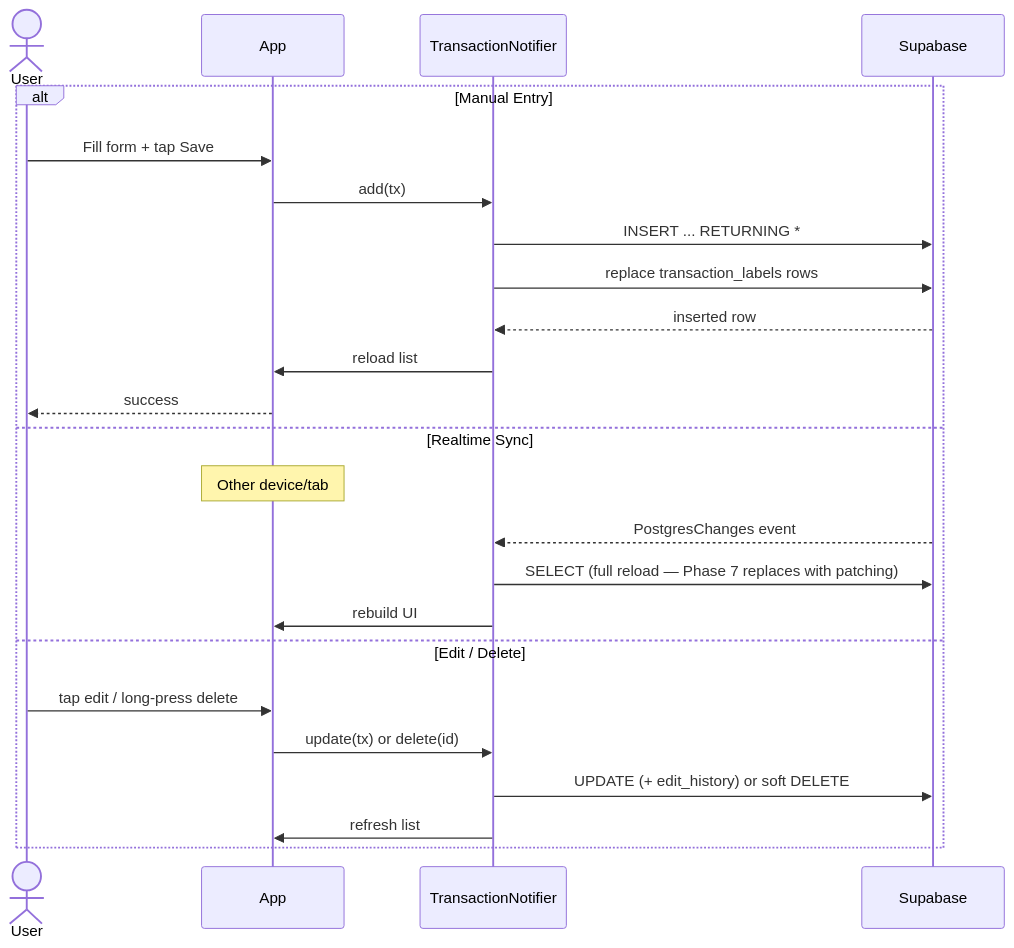
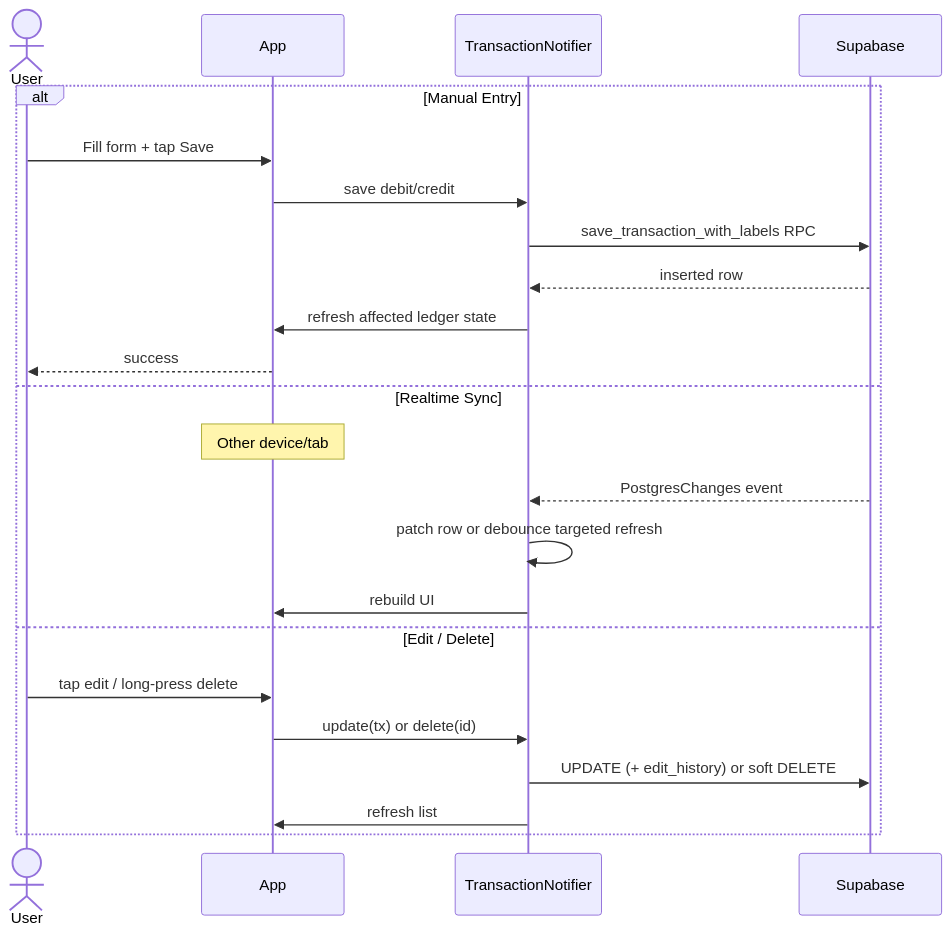
Before and after one commit to maybemnv/Financial-Tracker: the fourth of 5 diagrams in docs/ARCHITECTURE.md, drawn with Mermaid. The commit also changed other lines of this file and 11 other files, not shown here.

````diff
--- a/docs/ARCHITECTURE.md
+++ b/docs/ARCHITECTURE.md
@@ -134,27 +133,26 @@
 ```mermaid
 sequenceDiagram
     actor User
     participant App
     participant Provider as TransactionNotifier
     participant Supabase
 
     alt Manual Entry
         User->>App: Fill form + tap Save
-        App->>Provider: add(tx)
-        Provider->>Supabase: INSERT ... RETURNING *
-        Provider->>Supabase: replace transaction_labels rows
+        App->>Provider: save debit/credit
+        Provider->>Supabase: save_transaction_with_labels RPC
         Supabase-->>Provider: inserted row
-        Provider->>App: reload list
+        Provider->>App: refresh affected ledger state
         App-->>User: success
     else Realtime Sync
         Note over App: Other device/tab
         Supabase-->>Provider: PostgresChanges event
-        Provider->>Supabase: SELECT (full reload — Phase 7 replaces with patching)
+        Provider->>Provider: patch row or debounce targeted refresh
         Provider->>App: rebuild UI
     else Edit / Delete
         User->>App: tap edit / long-press delete
         App->>Provider: update(tx) or delete(id)
         Provider->>Supabase: UPDATE (+ edit_history) or soft DELETE
         Provider->>App: refresh list
     end
 ```
````
